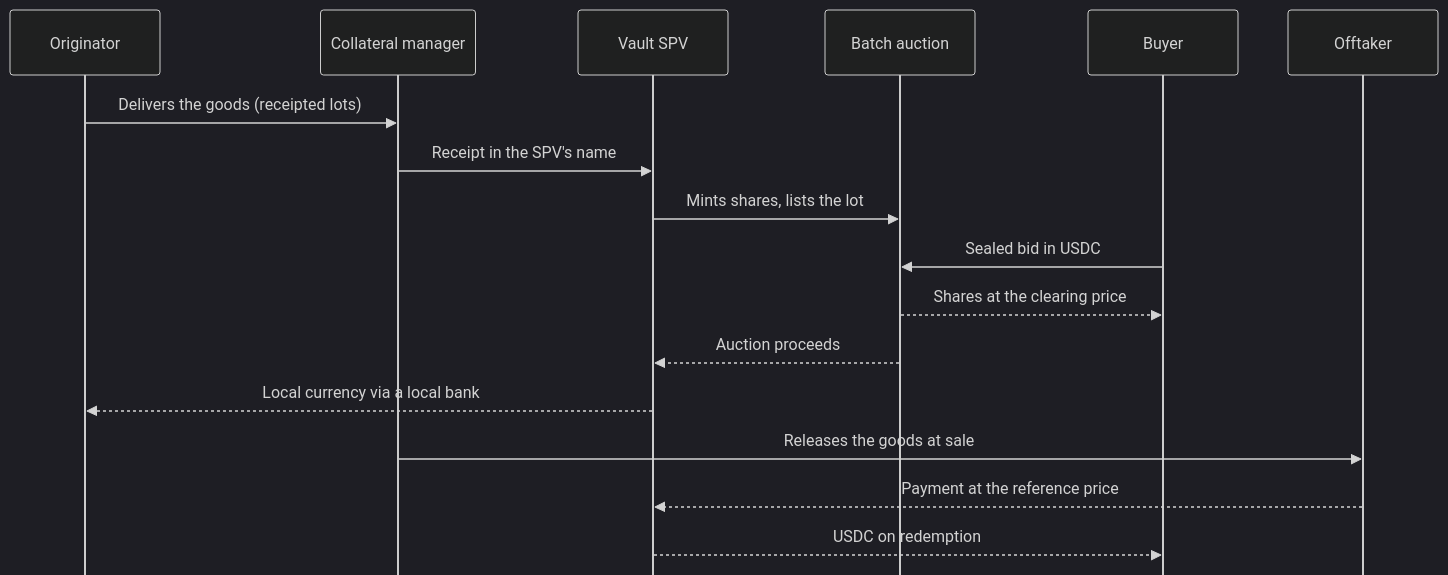
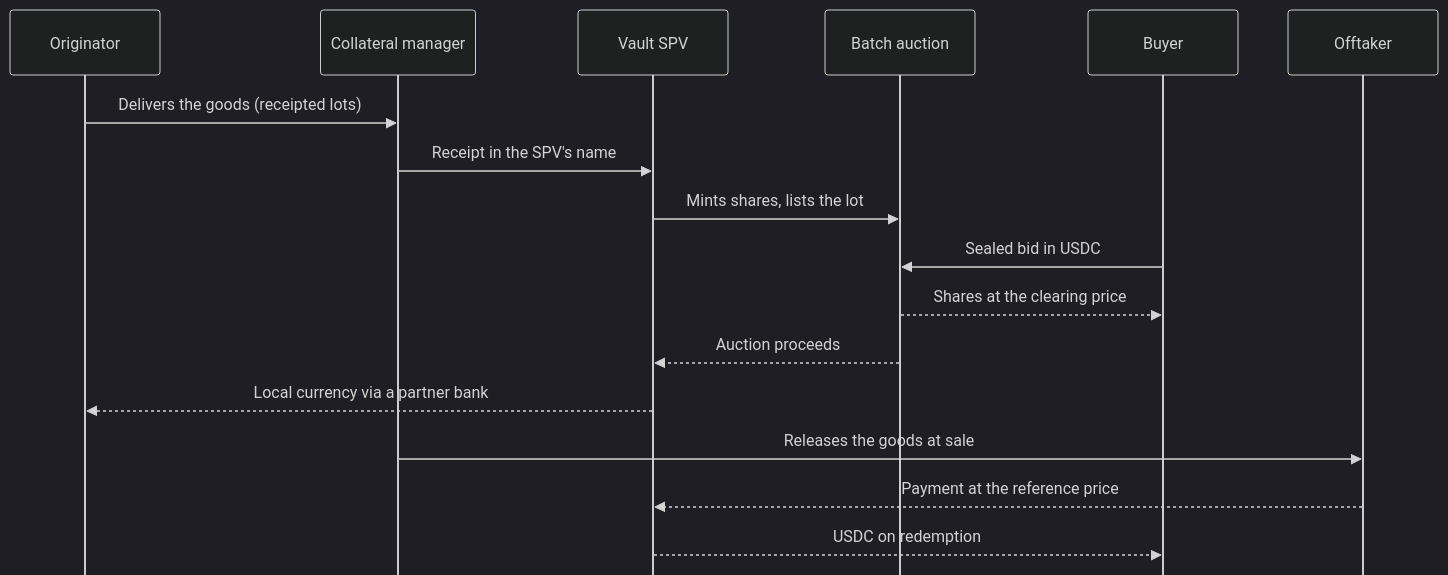
Before and after one commit to cargofinance/documentation: the diagram in ecosystem/protocol.mdx, drawn with Mermaid (dark theme). The commit also changed other lines of this file and 37 other files, not shown here.

````diff
--- a/ecosystem/protocol.mdx
+++ b/ecosystem/protocol.mdx
@@ -27,20 +28,20 @@
 ```mermaid
 %%{init: {"sequence": {"mirrorActors": false}}}%%
 sequenceDiagram
     participant O as Originator
     participant CM as Collateral manager
     participant SPV as Vault SPV
     participant A as Batch auction
     participant B as Buyer
     participant X as Offtaker
     O->>CM: Delivers the goods (receipted lots)
     CM->>SPV: Receipt in the SPV's name
     SPV->>A: Mints shares, lists the lot
     B->>A: Sealed bid in USDC
     A-->>B: Shares at the clearing price
     A-->>SPV: Auction proceeds
-    SPV-->>O: Local currency via a local bank
+    SPV-->>O: Local currency via a partner bank
     CM->>X: Releases the goods at sale
     X-->>SPV: Payment at the reference price
     SPV-->>B: USDC on redemption
 ```
````
